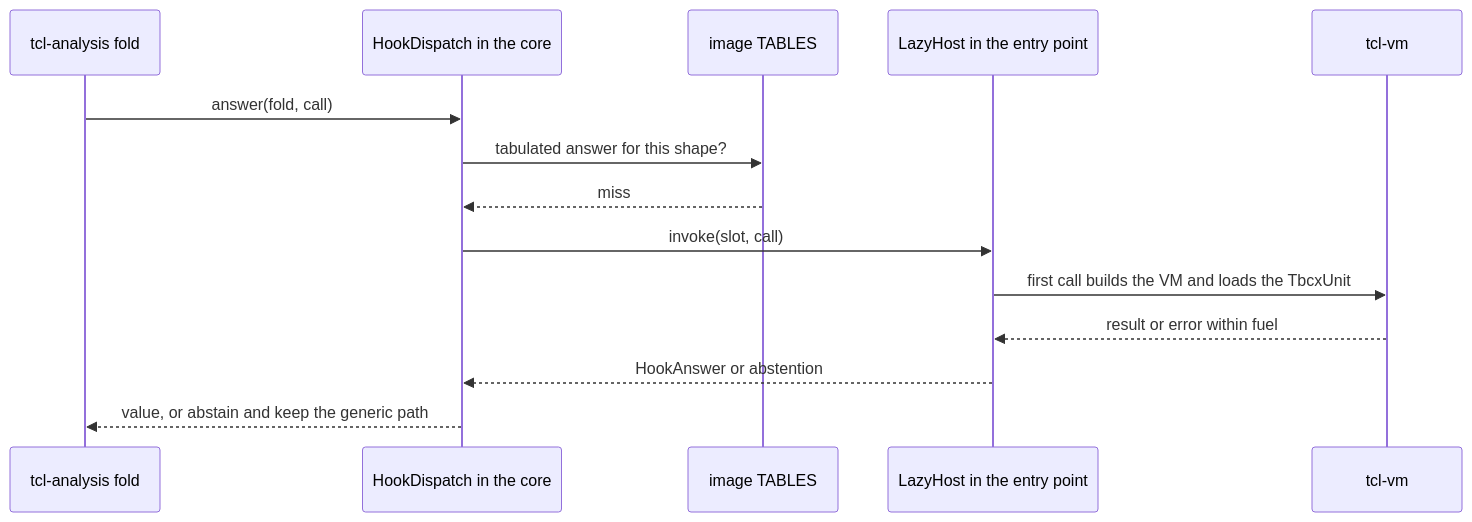
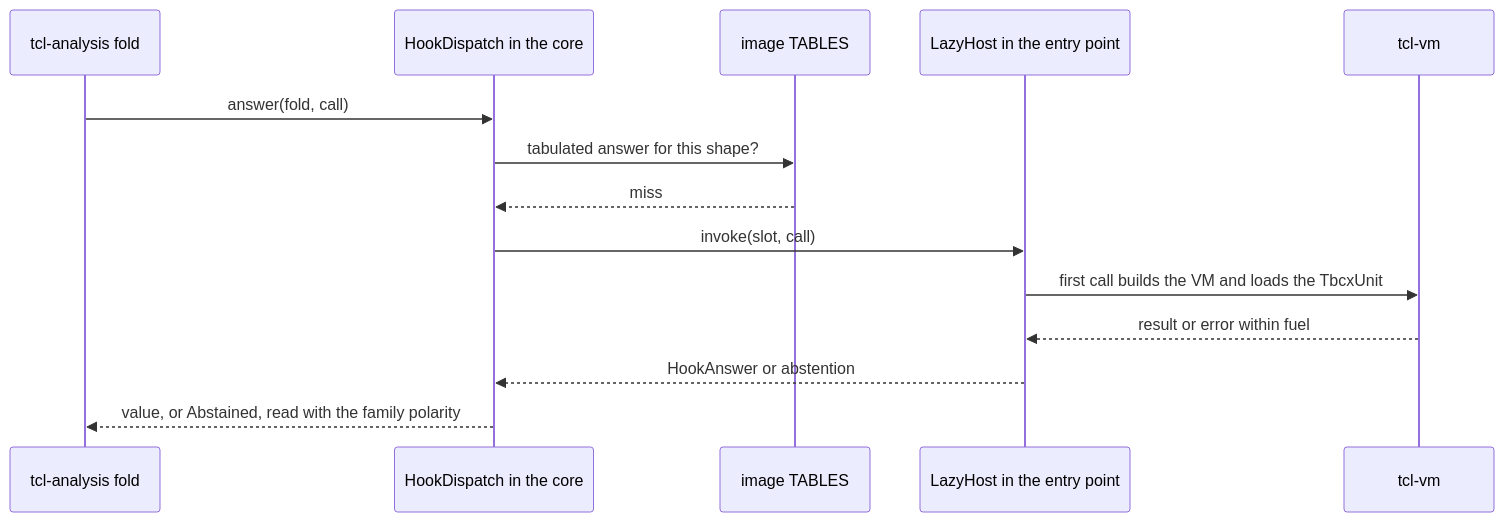
The third of 6 diagrams in docs/design/compiler/compiler-analyser-spectcl-integration.md (bitwisecook/tcl-lsp), drawn with Mermaid before and after one commit. The commit also changed other lines of this file and 17 other files, not shown here.

````diff
--- a/docs/design/compiler/compiler-analyser-spectcl-integration.md
+++ b/docs/design/compiler/compiler-analyser-spectcl-integration.md
@@ -374,16 +485,16 @@
 ```mermaid
 sequenceDiagram
   participant A as tcl-analysis fold
   participant D as HookDispatch in the core
   participant T as image TABLES
   participant H as LazyHost in the entry point
   participant V as tcl-vm
   A->>D: answer(fold, call)
   D->>T: tabulated answer for this shape?
   T-->>D: miss
   D->>H: invoke(slot, call)
   H->>V: first call builds the VM and loads the TbcxUnit
   V-->>H: result or error within fuel
   H-->>D: HookAnswer or abstention
-  D-->>A: value, or abstain and keep the generic path
+  D-->>A: value, or Abstained, read with the family polarity
 ```
````
